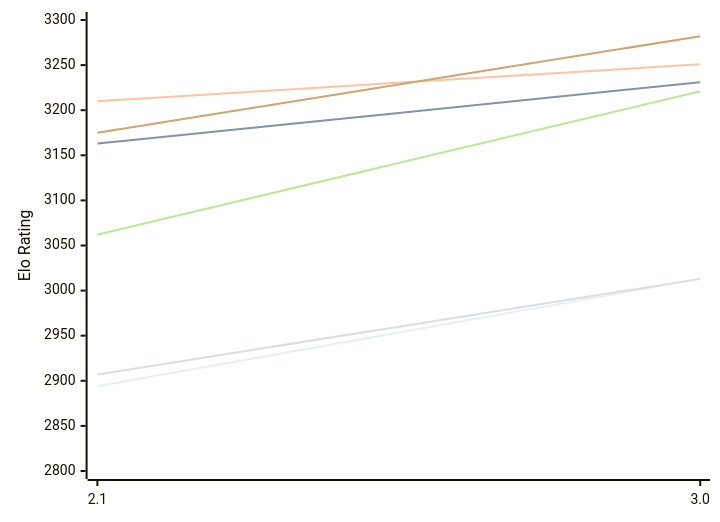
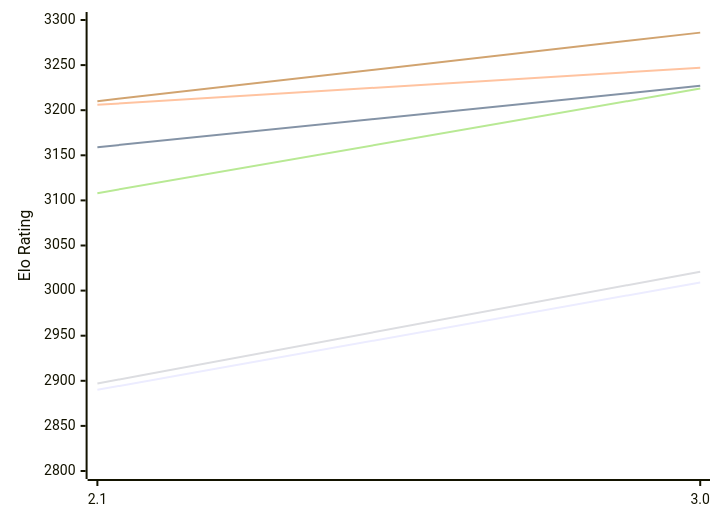
One commit to computer-chess-index/cci changed the first of 2 diagrams in engines/Quirky.md. Above: the diagram before and after it, drawn with Mermaid. The commit also changed other lines of this file, not shown here.

Commit message:
Update CCI Ratings (ELO VLTC) - 2026-11-21

````diff
--- a/engines/Quirky.md
+++ b/engines/Quirky.md
@@ -50,12 +50,12 @@
 ```mermaid
 %%{init: {"theme":"base","themeVariables":{"seriesColors:['#a3a3a3','#222221','#faa371']}}}%%
 xychart-beta
   x-axis ["2.1", "3.0"]
   y-axis "Elo Rating" 2800 --> 3300
-  line "E1: STC (8.0+0.08s)" [2894, 3013]
-  line "E1: LTC (60.0+0.60s)" [3163, 3231]
-  line "E1: VLTC (2m24s+1.12s)" [3210, 3251]
-  line "P1: STC (8.0+0.08s)" [2907, 3013]
-  line "P1: LTC (60.0+0.60s)" [3062, 3221]
-  line "P1: VLTC (2m24s+1.12s)" [3175, 3282]
+  line "E1: STC (8.0+0.08s)" [2890, 3009]
+  line "E1: LTC (60.0+0.60s)" [3159, 3227]
+  line "E1: VLTC (2m24s+1.12s)" [3206, 3247]
+  line "P1: STC (8.0+0.08s)" [2897, 3021]
+  line "P1: LTC (60.0+0.60s)" [3108, 3224]
+  line "P1: VLTC (2m24s+1.12s)" [3210, 3286]
 ```
````
